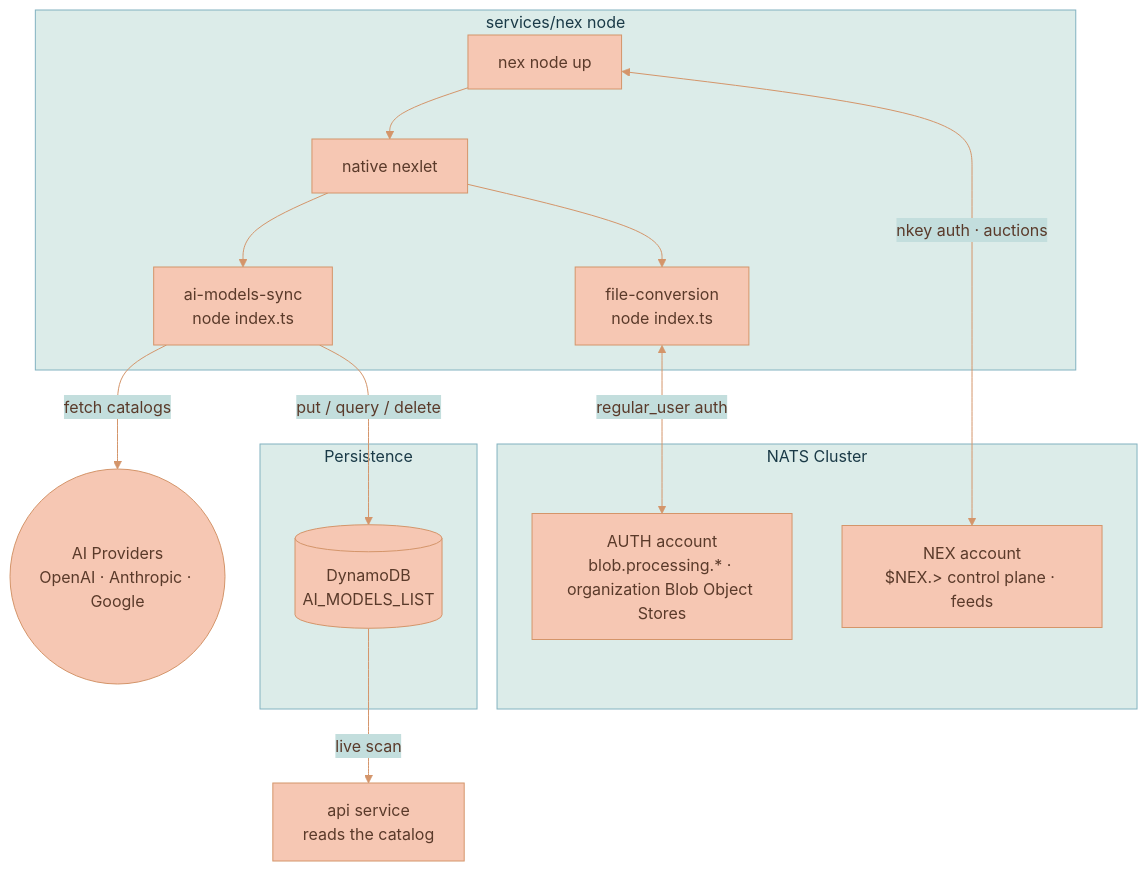
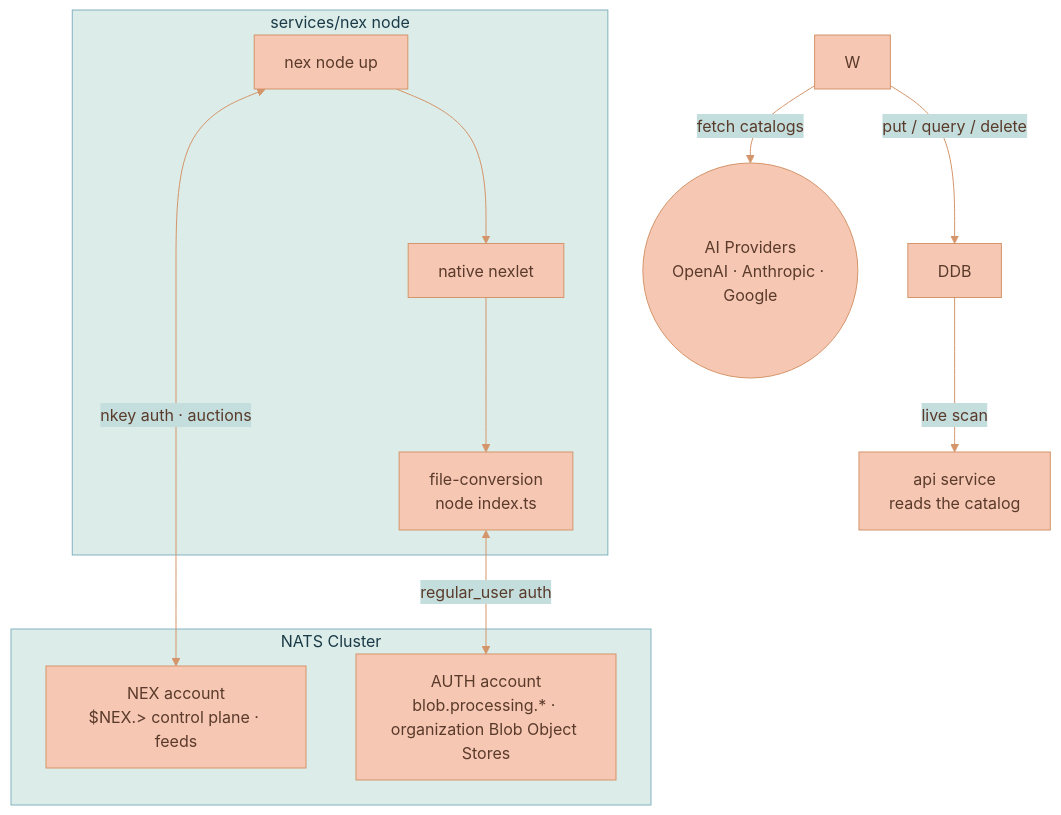
One commit to Lixpi/lixpi changed the diagram in documentation/platform/deployment/NEX-EXECUTION-ENGINE.md. Above: the diagram before and after it, drawn with Mermaid. The commit also changed other lines of this file and 679 other files, not shown here.

````diff
--- a/documentation/platform/deployment/NEX-EXECUTION-ENGINE.md
+++ b/documentation/platform/deployment/NEX-EXECUTION-ENGINE.md
@@ -22,28 +21,23 @@
 ```mermaid
 %%{init: {'theme': 'base', 'themeVariables': { 'primaryColor': '#F6C7B3', 'primaryTextColor': '#5a3a2a', 'primaryBorderColor': '#d4956a', 'secondaryColor': '#C3DEDD', 'secondaryTextColor': '#1a3a47', 'secondaryBorderColor': '#4a8a9d', 'tertiaryColor': '#DCECE9', 'tertiaryTextColor': '#1a3a47', 'tertiaryBorderColor': '#82B2C0', 'lineColor': '#d4956a', 'textColor': '#5a3a2a'}}}%%
 graph TB
     subgraph Cluster["NATS Cluster"]
         NEXBUS["NEX account<br/>$NEX.> control plane · feeds"]
         AUTHBUS["AUTH account<br/>blob.processing.* · organization Blob Object Stores"]
     end
     subgraph Node["services/nex node"]
         N["nex node up"]
         NX["native nexlet"]
-        W["ai-models-sync<br/>node index.ts"]
         F["file-conversion<br/>node index.ts"]
         N --> NX
-        NX --> W
         NX --> F
-    end
-    subgraph Store["Persistence"]
-        DDB[("DynamoDB<br/>AI_MODELS_LIST")]
     end
     Providers(("AI Providers<br/>OpenAI · Anthropic · Google"))
     API["api service<br/>reads the catalog"]
 
     N <-->|"nkey auth · auctions"| NEXBUS
     W -->|fetch catalogs| Providers
     W -->|put / query / delete| DDB
     F <-->|regular_user auth| AUTHBUS
     DDB -->|live scan| API
 ```
````
